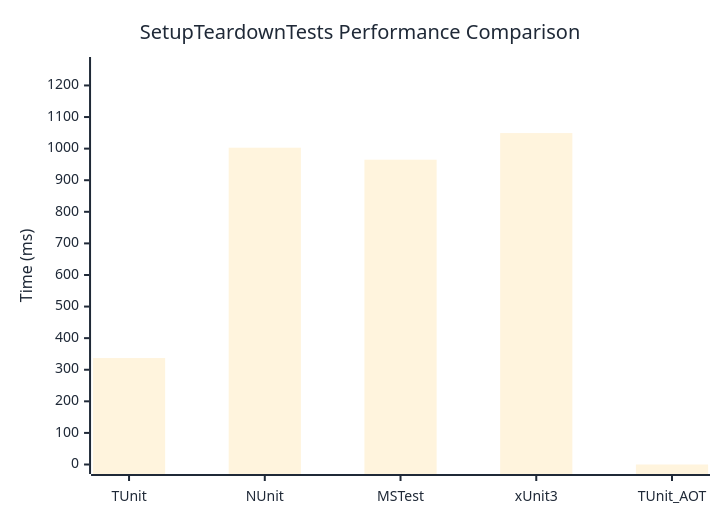
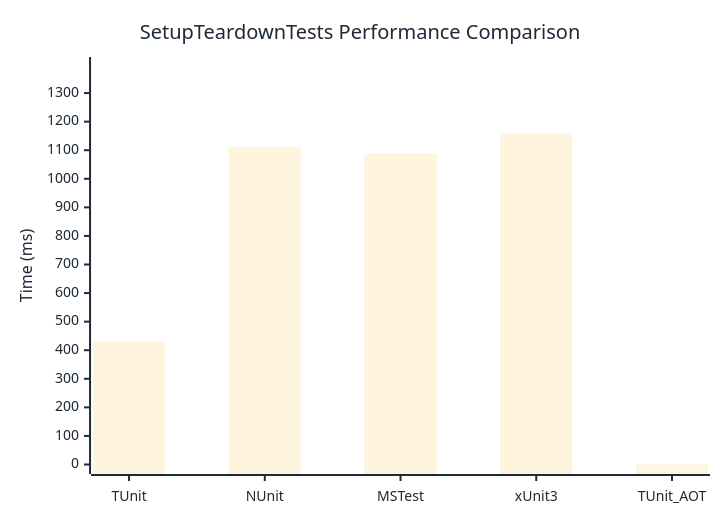
One commit to thomhurst/TUnit changed the diagram in docs/docs/benchmarks/engine/SetupTeardownTests.md. Above: the diagram before and after it, drawn with Mermaid. The commit also changed other lines of this file and 17 other files, not shown here.

````diff
--- a/docs/docs/benchmarks/engine/SetupTeardownTests.md
+++ b/docs/docs/benchmarks/engine/SetupTeardownTests.md
@@ -29,37 +29,37 @@
 ```mermaid
 %%{init: {
   'theme':'base',
   'themeVariables': {
     'primaryColor': '#2563eb',
     'primaryTextColor': '#1f2937',
     'primaryBorderColor': '#1e40af',
     'lineColor': '#6b7280',
     'secondaryColor': '#7c3aed',
     'tertiaryColor': '#dc2626',
     'background': '#ffffff',
     'mainBkg': '#2563eb',
     'secondBkg': '#7c3aed',
     'tertiaryBkg': '#dc2626',
     'clusterBkg': '#f3f4f6',
     'edgeLabelBackground': '#ffffff',
     'tertiaryTextColor': '#1f2937',
     'pie1': '#2563eb',
     'pie2': '#7c3aed',
     'pie3': '#dc2626',
     'pie4': '#f59e0b',
     'pie5': '#10b981',
     'pie6': '#06b6d4',
     'pie7': '#ec4899',
     'pie8': '#6366f1',
     'pie9': '#84cc16',
     'pie10': '#f97316',
     'pie11': '#14b8a6',
     'pie12': '#a855f7'
   }
 }}%%
 xychart-beta
   title "SetupTeardownTests Performance Comparison"
   x-axis ["TUnit", "NUnit", "MSTest", "xUnit3", "TUnit_AOT"]
-  y-axis "Time (ms)" 0 --> 1260
-  bar [337, 1002.9, 964.9, 1049.2, 0]
+  y-axis "Time (ms)" 0 --> 1393
+  bar [431.1, 1111, 1089, 1160.2, 0]
 ```
````
